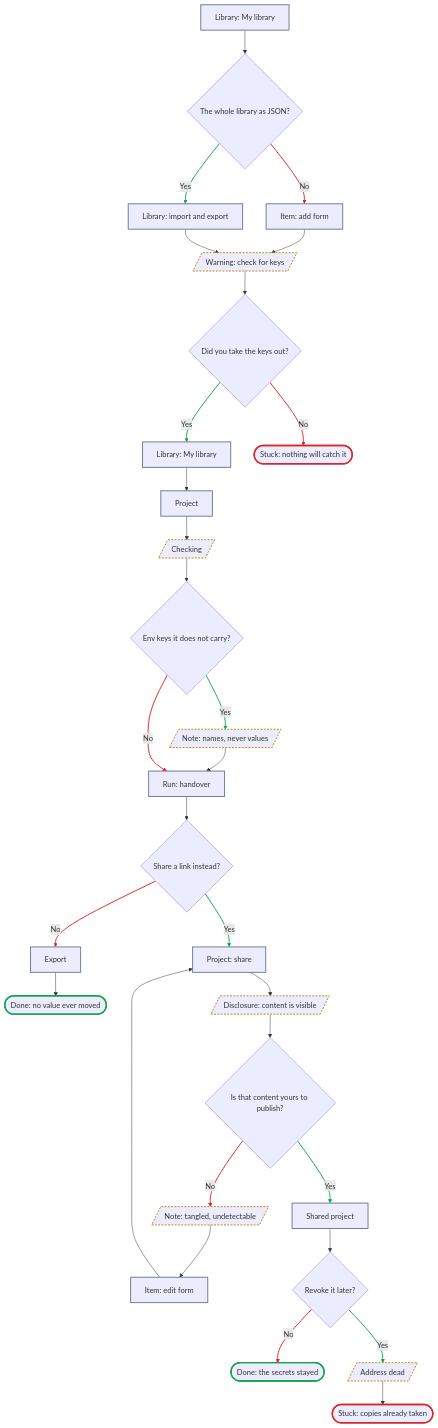
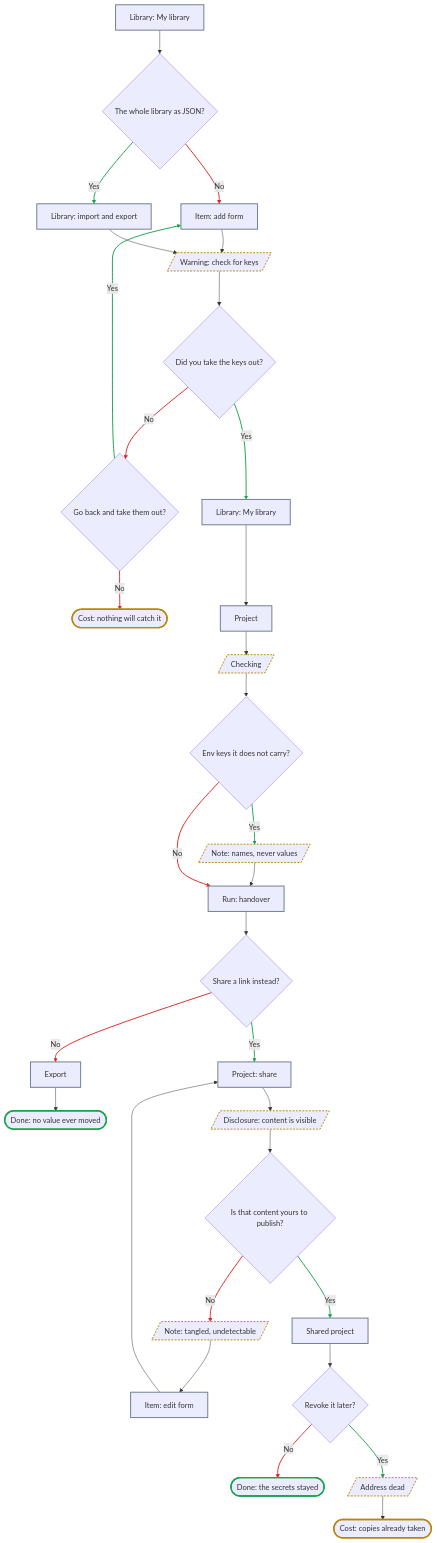
The seventh of 8 diagrams in 03-information-architecture/flows.md (RomanUserExpert/ai-stack-builder), drawn with Mermaid before and after one commit. The commit also changed other lines of this file and 5 other files, not shown here.

````diff
--- a/03-information-architecture/flows.md
+++ b/03-information-architecture/flows.md
@@ -546,41 +612,44 @@
 ```mermaid
 flowchart TD
     A["Library: My library"] --> B{"The whole library as JSON?"}
     B -->|"No"| C["Item: add form"]
     B -->|"Yes"| D["Library: import and export"]
     C --> E[/"Warning: check for keys"/]
     D --> E
     E --> F{"Did you take the keys out?"}
     F -->|"Yes"| G["Library: My library"]
-    F -->|"No"| H(["Stuck: nothing will catch it"])
+    F -->|"No"| F2{"Go back and take them out?"}
+    F2 -->|"Yes"| C
+    F2 -->|"No"| H(["Cost: nothing will catch it"])
     G --> I["Project"]
     I --> J[/"Checking"/]
     J --> K{"Env keys it does not carry?"}
     K -->|"Yes"| L[/"Note: names, never values"/]
     L --> M["Run: handover"]
     K -->|"No"| M
     M --> N{"Share a link instead?"}
     N -->|"No"| O["Export"]
     O --> P(["Done: no value ever moved"])
     N -->|"Yes"| Q["Project: share"]
     Q --> R[/"Disclosure: content is visible"/]
     R --> S{"Is that content yours to publish?"}
     S -->|"No"| T[/"Note: tangled, undetectable"/]
     T --> U["Item: edit form"]
     U --> Q
     S -->|"Yes"| V["Shared project"]
     V --> W{"Revoke it later?"}
     W -->|"No"| X(["Done: the secrets stayed"])
     W -->|"Yes"| Y[/"Address dead"/]
-    Y --> Z(["Stuck: copies already taken"])
+    Y --> Z(["Cost: copies already taken"])
     classDef screen stroke:#6b7a8f,stroke-width:2px
     classDef state stroke:#b8860b,stroke-width:2px,stroke-dasharray:4 3
     classDef win stroke:#16a34a,stroke-width:3px
+    classDef cost stroke:#b8860b,stroke-width:3px
     classDef dead stroke:#dc2626,stroke-width:3px
-    linkStyle 2,6,11,17,23,26 stroke:#16a34a,stroke-width:2px
-    linkStyle 1,7,13,15,20,25 stroke:#dc2626,stroke-width:2px
+    linkStyle 2,6,8,13,19,25,28 stroke:#16a34a,stroke-width:2px
+    linkStyle 1,7,9,15,17,22,27 stroke:#dc2626,stroke-width:2px
     class A,C,D,G,I,M,O,Q,U,V screen
     class E,J,L,R,T,Y state
     class P,X win
-    class H,Z dead
+    class H,Z cost
 ```
````
